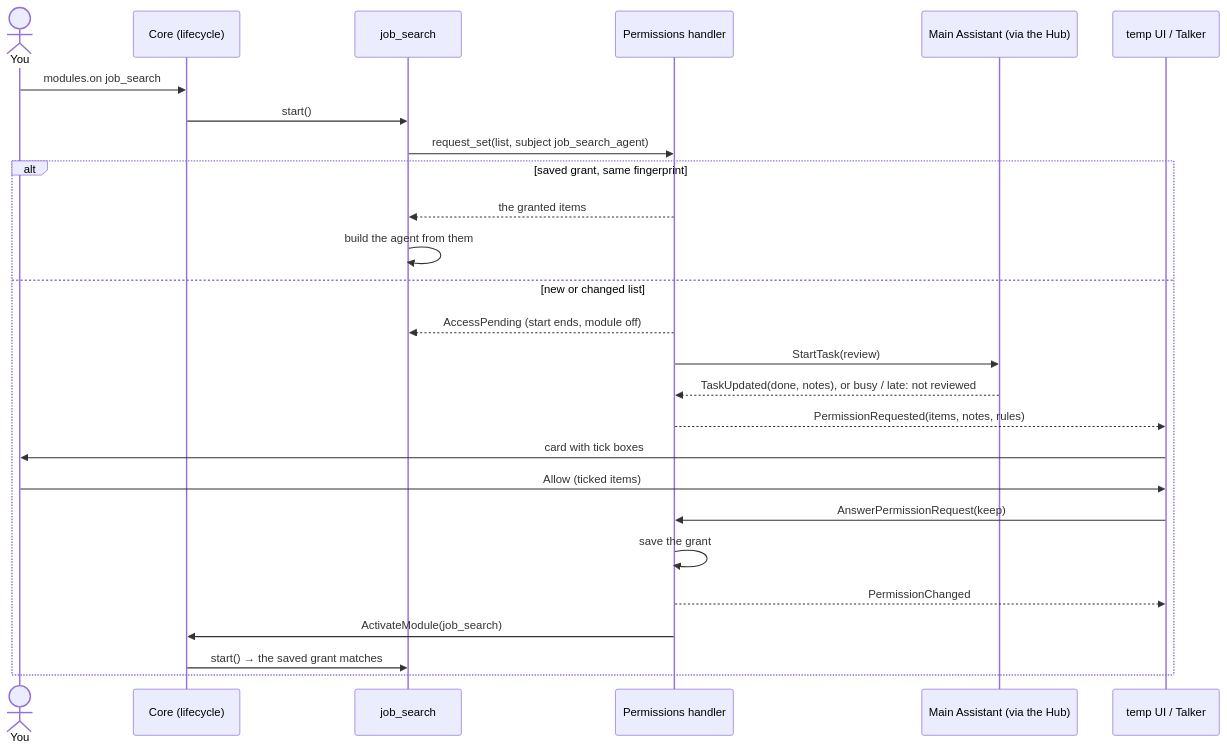
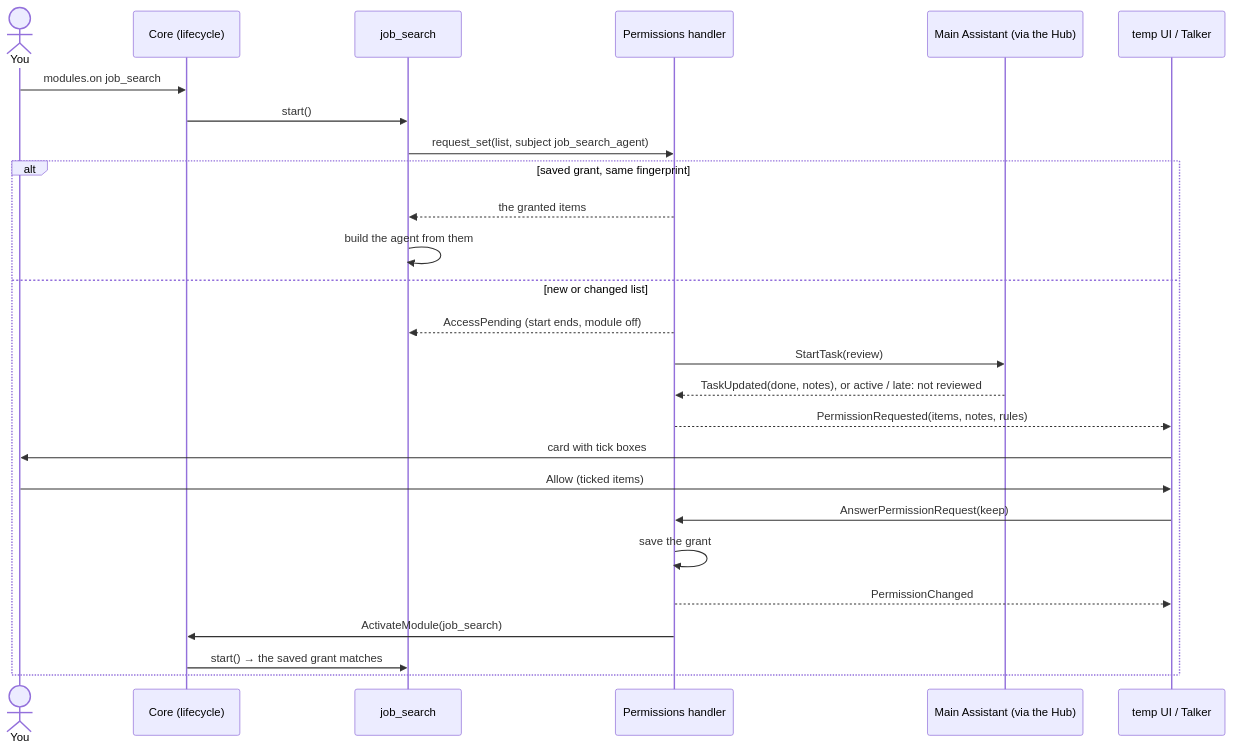
The first of 4 diagrams in docs/architecture/permissions.md (sharramon/AI_Assistant), drawn with Mermaid before and after one commit. The commit also changed other lines of this file and 45 other files, not shown here.

````diff
--- a/docs/architecture/permissions.md
+++ b/docs/architecture/permissions.md
@@ -69,28 +71,28 @@
 ```mermaid
 sequenceDiagram
     actor You
     participant C as Core (lifecycle)
     participant M as job_search
     participant P as Permissions handler
     participant R as Main Assistant (via the Hub)
     participant U as temp UI / Talker
     You->>C: modules.on job_search
     C->>M: start()
     M->>P: request_set(list, subject job_search_agent)
     alt saved grant, same fingerprint
         P-->>M: the granted items
         M->>M: build the agent from them
     else new or changed list
         P-->>M: AccessPending (start ends, module off)
         P->>R: StartTask(review)
-        R-->>P: TaskUpdated(done, notes), or busy / late: not reviewed
+        R-->>P: TaskUpdated(done, notes), or active / late: not reviewed
         P-->>U: PermissionRequested(items, notes, rules)
         U->>You: card with tick boxes
         You->>U: Allow (ticked items)
         U->>P: AnswerPermissionRequest(keep)
         P->>P: save the grant
         P-->>U: PermissionChanged
         P->>C: ActivateModule(job_search)
         C->>M: start() → the saved grant matches
     end
 ```
````
